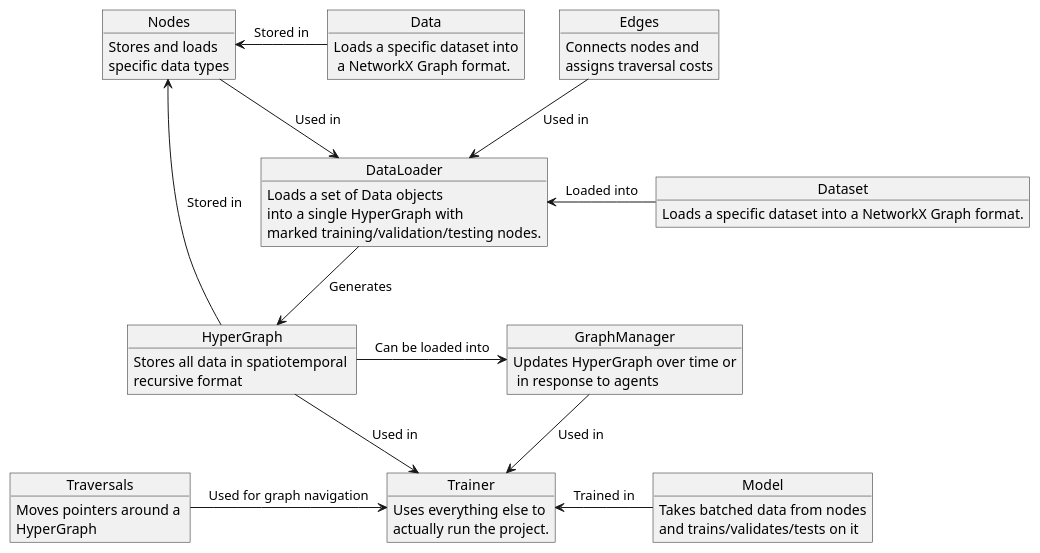
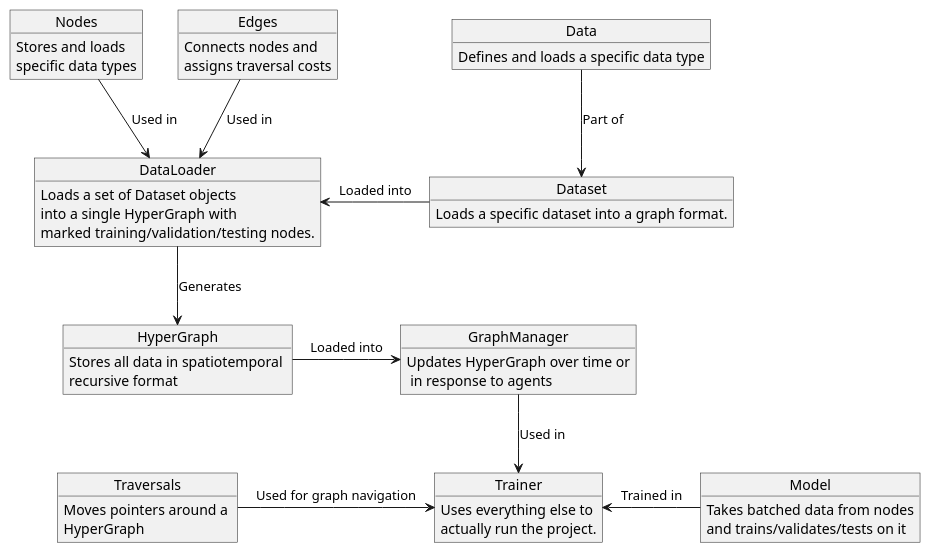
The diagram in docs/conceptual.plantuml (Hachimocho/GRIFT), drawn with PlantUML before and after one commit. The commit also changed 14 other files, not shown here.

Commit message:
Import, trainer, and server updates ahead of network test 4

```diff
--- a/docs/conceptual.plantuml
+++ b/docs/conceptual.plantuml
@@ -1,44 +1,42 @@
 @startuml concept
 Object Trainer {
     Uses everything else to \nactually run the project.
 }
 Object Nodes {
     Stores and loads \nspecific data types
 }
 Object Edges {
     Connects nodes and \nassigns traversal costs
 }
 Object HyperGraph {
     Stores all data in spatiotemporal \nrecursive format
 }
 Object GraphManager {
     Updates HyperGraph over time or\n in response to agents
 }
 Object Traversals {
     Moves pointers around a \nHyperGraph
 }
 Object Data {
-    Loads a specific dataset into\n a NetworkX Graph format.
+    Defines and loads a specific data type
 }
 Object DataLoader {
-    Loads a set of Data objects \ninto a single HyperGraph with \nmarked training/validation/testing nodes.
+    Loads a set of Dataset objects \ninto a single HyperGraph with \nmarked training/validation/testing nodes.
 }
 Object Model {
     Takes batched data from nodes\nand trains/validates/tests on it
 }
 Object Dataset {
-    Loads a specific dataset into a NetworkX Graph format.
+    Loads a specific dataset into a graph format.
 }
-Data-left->Nodes: Stored in
-HyperGraph-up->Nodes: Stored in
+Data-down->Dataset: Part of
 Dataset-left->DataLoader: Loaded into
 DataLoader-down->HyperGraph: Generates
-HyperGraph->GraphManager: Can be loaded into
+HyperGraph->GraphManager: Loaded into
 Nodes-down->DataLoader: Used in
 Edges-down->DataLoader: Used in
-HyperGraph-down->Trainer: Used in
 GraphManager-down->Trainer: Used in
 Traversals->Trainer: Used for graph navigation
 Model-left->Trainer: Trained in
 
 @enduml
```
